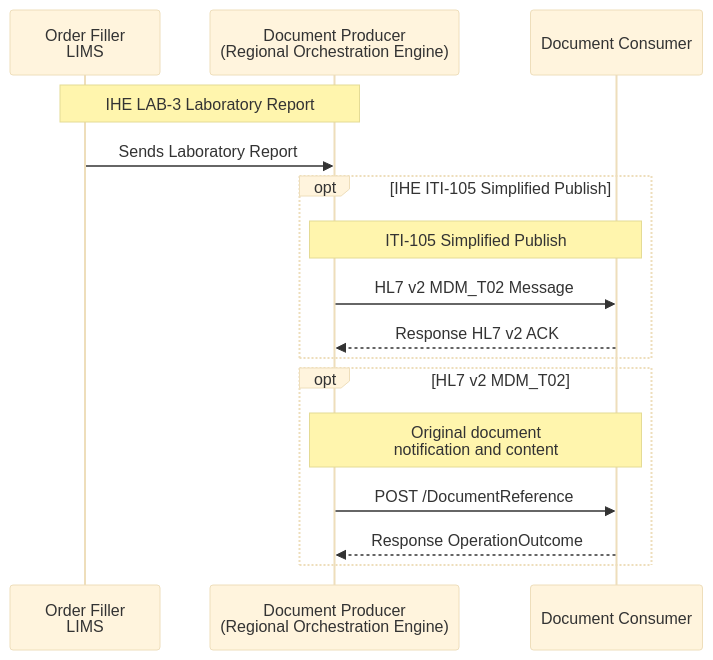
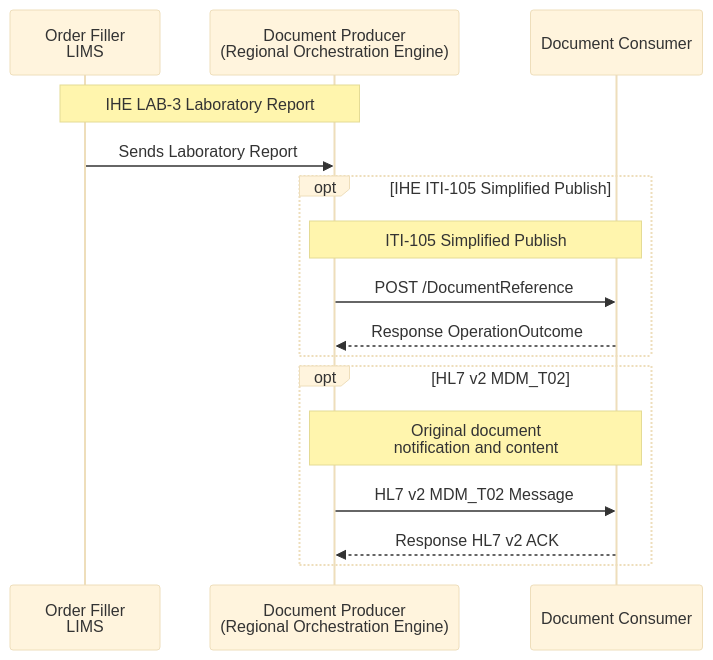
Before and after one commit to nw-gmsa/nw-gmsa.github.com: the second of 3 diagrams in input/pagecontent/HIE.md, drawn with Mermaid (base theme). The commit also changed other lines of this file, not shown here.

````diff
--- a/input/pagecontent/HIE.md
+++ b/input/pagecontent/HIE.md
@@ -47,21 +47,21 @@
 ```mermaid
 sequenceDiagram
 
     participant LIMS as Order Filler<br/>LIMS 
     participant Provider as Document Producer<br/>(Regional Orchestration Engine)
     participant Consumer as Document Consumer
 
     note over LIMS,Provider: IHE LAB-3 Laboratory Report
     LIMS ->> Provider: Sends Laboratory Report
 
     opt IHE ITI-105 Simplified Publish
         Note over Consumer,Provider:ITI-105 Simplified Publish
+        Provider->>Consumer: POST /DocumentReference
+        Consumer-->>Provider: Response OperationOutcome
+    end 
+    opt HL7 v2 MDM_T02
+         Note over Consumer,Provider:Original document <br/>notification and content
         Provider->>Consumer: HL7 v2 MDM_T02 Message
         Consumer-->>Provider: Response HL7 v2 ACK
     end 
-    opt HL7 v2 MDM_T02
-         Note over Consumer,Provider:Original document <br/>notification and content
-        Provider->>Consumer: POST /DocumentReference
-        Consumer-->>Provider: Response OperationOutcome
-    end 
 ```
````
